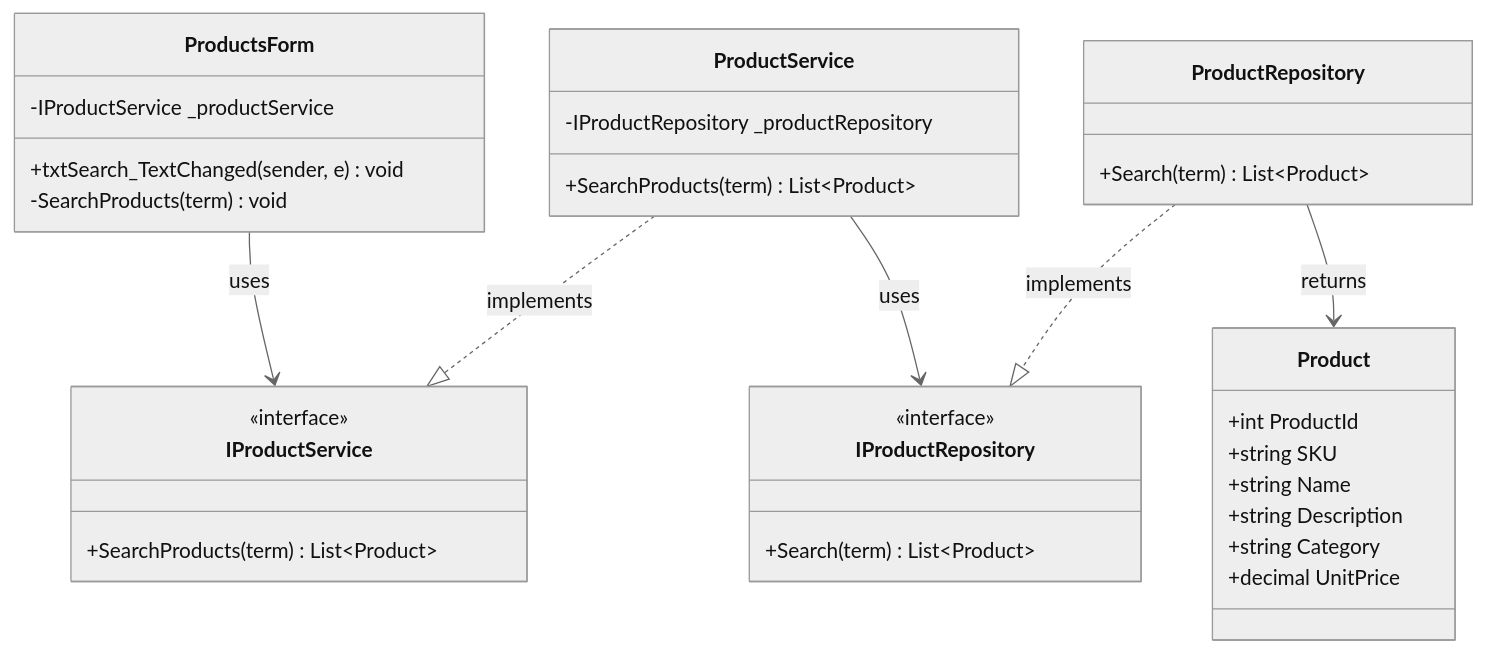
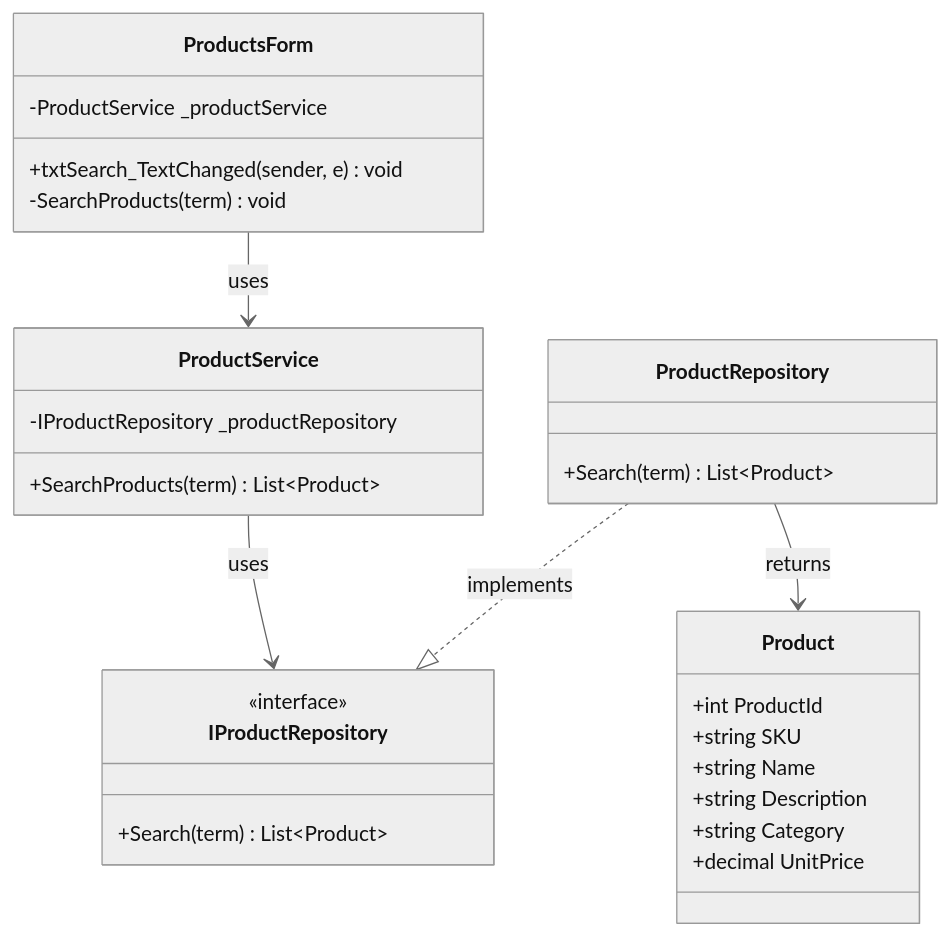
Before and after one commit to nahuk86/tp_diploma_nk_2026: diagram 13 of 16 in Documentation/UML_Diagrams/13_Products_UseCases.md, drawn with Mermaid (neutral theme). The commit also changed other lines of this file and 5 other files, not shown here.

First line of the commit message:
Fix UML documentation: remove non-existent BLL service interfaces

````diff
--- a/Documentation/UML_Diagrams/13_Products_UseCases.md
+++ b/Documentation/UML_Diagrams/13_Products_UseCases.md
@@ -502,42 +465,37 @@
 ```mermaid
 classDiagram
     class ProductsForm {
-        -IProductService _productService
+        -ProductService _productService
         +txtSearch_TextChanged(sender, e) void
         -SearchProducts(term) void
     }
 
-    class IProductService {
-        <<interface>>
-        +SearchProducts(term) List~Product~
-    }
 
     class ProductService {
         -IProductRepository _productRepository
         +SearchProducts(term) List~Product~
     }
 
     class IProductRepository {
         <<interface>>
         +Search(term) List~Product~
     }
 
     class ProductRepository {
         +Search(term) List~Product~
     }
 
     class Product {
         +int ProductId
         +string SKU
         +string Name
         +string Description
         +string Category
         +decimal UnitPrice
     }
 
-    ProductsForm --> IProductService : uses
-    ProductService ..|> IProductService : implements
+    ProductsForm --> ProductService : uses
     ProductService --> IProductRepository : uses
     ProductRepository ..|> IProductRepository : implements
     ProductRepository --> Product : returns
 ```
````
